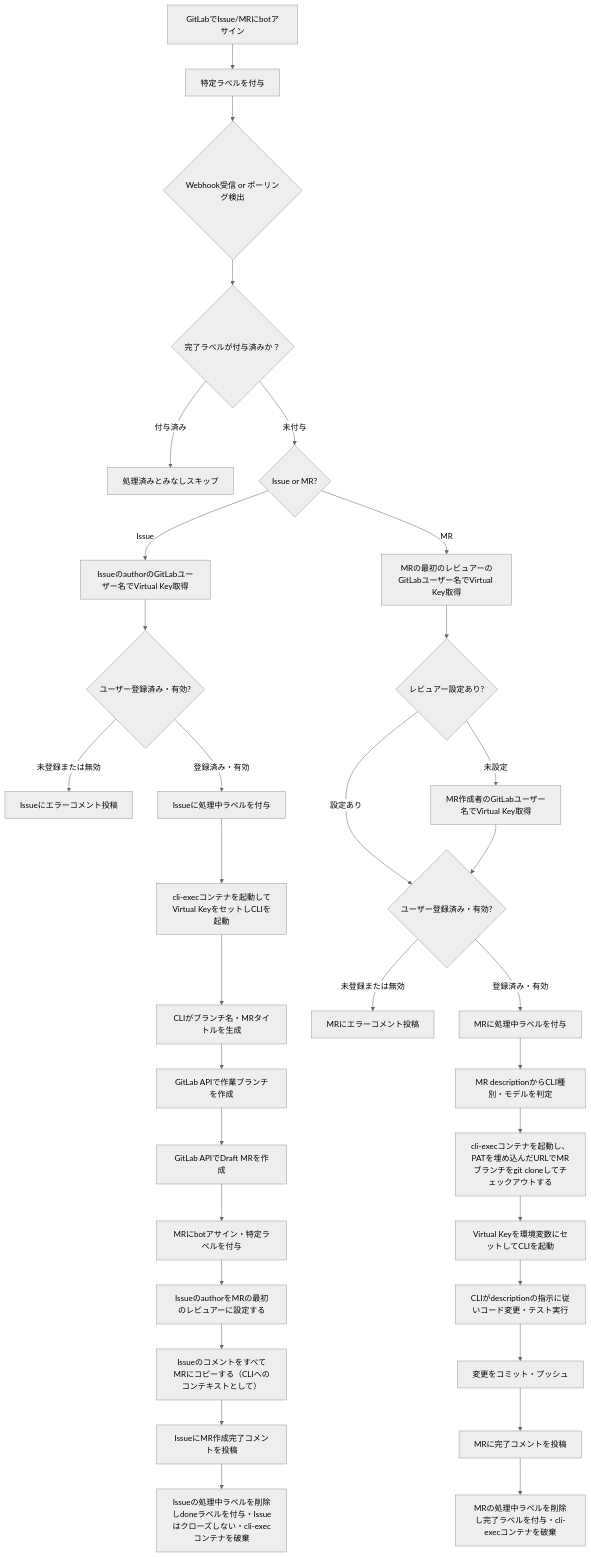
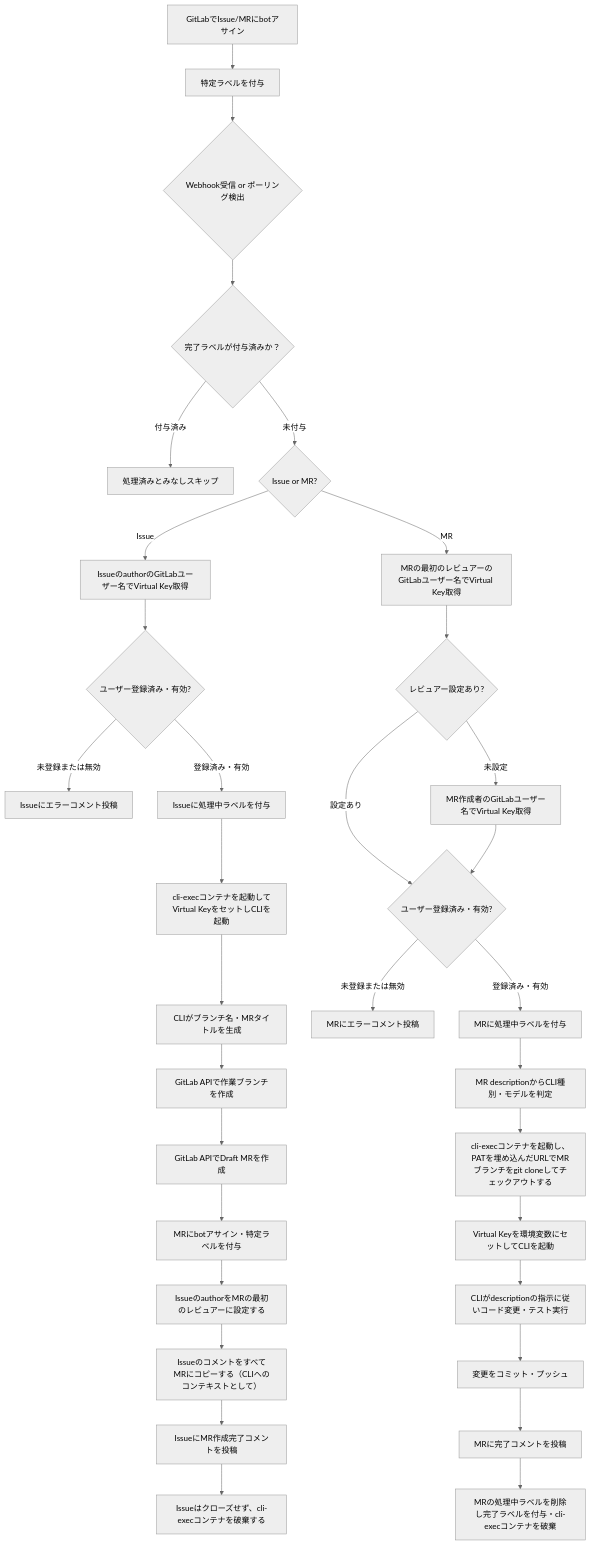
Before and after one commit to notfolder/CodingAgentAutomata: the first of 5 diagrams in docs/requirements.md, drawn with Mermaid (neutral theme). The commit also changed other lines of this file, not shown here.

````diff
--- a/docs/requirements.md
+++ b/docs/requirements.md
@@ -69,37 +69,37 @@
 ```mermaid
 flowchart TD
     A[GitLabでIssue/MRにbotアサイン] --> B[特定ラベルを付与]
     B --> C{Webhook受信 or ポーリング検出}
     C --> C2{完了ラベルが付与済みか？}
     C2 -->|付与済み| C3[処理済みとみなしスキップ]
     C2 -->|未付与| D{Issue or MR?}
 
     D -->|Issue| E[IssueのauthorのGitLabユーザー名でVirtual Key取得]
     E --> F{ユーザー登録済み・有効?}
     F -->|未登録または無効| G[Issueにエラーコメント投稿]
     F -->|登録済み・有効| H0[Issueに処理中ラベルを付与]
     H0 --> H[cli-execコンテナを起動してVirtual KeyをセットしCLIを起動]
     H --> I[CLIがブランチ名・MRタイトルを生成]
     I --> J[GitLab APIで作業ブランチを作成]
     J --> K[GitLab APIでDraft MRを作成]
     K --> L[MRにbotアサイン・特定ラベルを付与]
     L --> L2[IssueのauthorをMRの最初のレビュアーに設定する]
     L2 --> L3[IssueのコメントをすべてMRにコピーする（CLIへのコンテキストとして）]
     L3 --> M[IssueにMR作成完了コメントを投稿]
-    M --> N[Issueの処理中ラベルを削除しdoneラベルを付与・Issueはクローズしない・cli-execコンテナを破棄]
+    M --> N[Issueはクローズせず、cli-execコンテナを破棄する]
 
     D -->|MR| O[MRの最初のレビュアーのGitLabユーザー名でVirtual Key取得]
     O --> P{レビュアー設定あり?}
     P -->|未設定| Q[MR作成者のGitLabユーザー名でVirtual Key取得]
     P -->|設定あり| R{ユーザー登録済み・有効?}
     Q --> R
     R -->|未登録または無効| S[MRにエラーコメント投稿]
     R -->|登録済み・有効| T0[MRに処理中ラベルを付与]
     T0 --> T[MR descriptionからCLI種別・モデルを判定]
     T --> U[cli-execコンテナを起動し、PATを埋め込んだURLでMRブランチをgit cloneしてチェックアウトする]
     U --> V[Virtual Keyを環境変数にセットしてCLIを起動]
     V --> W[CLIがdescriptionの指示に従いコード変更・テスト実行]
     W --> X[変更をコミット・プッシュ]
     X --> Y[MRに完了コメントを投稿]
     Y --> Z[MRの処理中ラベルを削除し完了ラベルを付与・cli-execコンテナを破棄]
 ```
````
